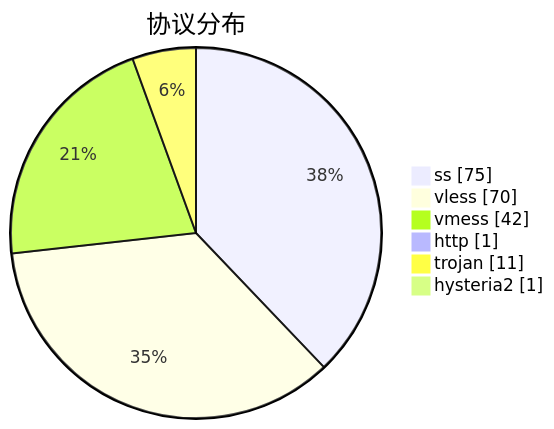
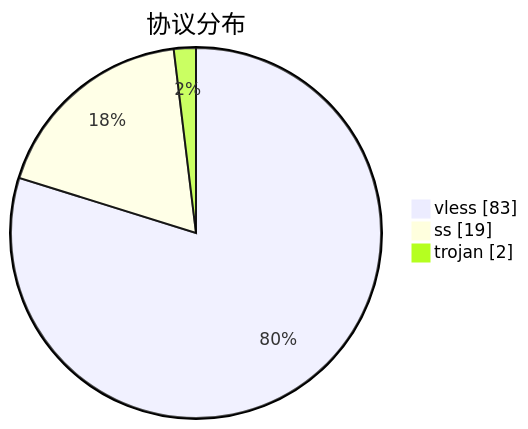
The third of 3 diagrams in subs/statistics/tested_within.md (qjlxg/airport), drawn with Mermaid before and after one commit. The commit also changed other lines of this file and 2 other files, not shown here.

````diff
--- a/subs/statistics/tested_within.md
+++ b/subs/statistics/tested_within.md
@@ -27,10 +22,7 @@
 ```mermaid
 pie showData
 title 协议分布
-"ss" : 75
-"vless" : 70
-"vmess" : 42
-"http" : 1
-"trojan" : 11
-"hysteria2" : 1
+"vless" : 83
+"ss" : 19
+"trojan" : 2
 ```
````
